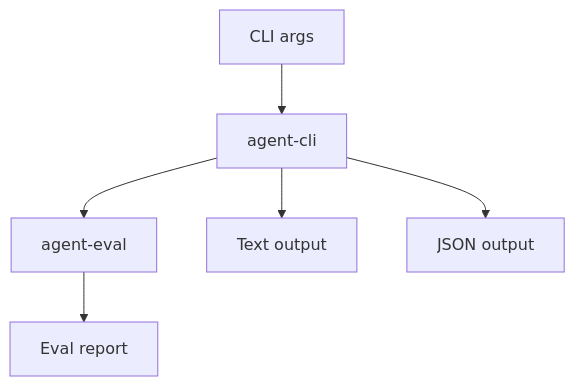
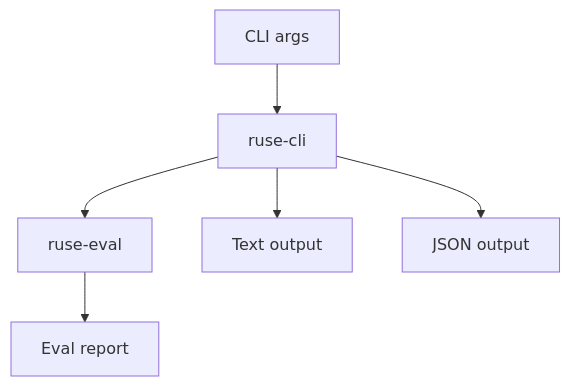
One commit to poneding/agent changed the diagram in docs/specs/M27-04-cli-eval-commands.spec.md. Above: the diagram before and after it, drawn with Mermaid. The commit also changed other lines of this file and 2091 other files, not shown here.

First line of the commit message:
refactor: rename agent branding to ruse

````diff
--- a/docs/specs/M27-04-cli-eval-commands.spec.md
+++ b/docs/specs/M27-04-cli-eval-commands.spec.md
@@ -32,8 +32,8 @@
 ```mermaid
 flowchart TD
-  Args["CLI args"] --> CLI["agent-cli"]
-  CLI --> Eval["agent-eval"]
+  Args["CLI args"] --> CLI["ruse-cli"]
+  CLI --> Eval["ruse-eval"]
   Eval --> Report["Eval report"]
   CLI --> Text["Text output"]
   CLI --> Json["JSON output"]
 ```
````
